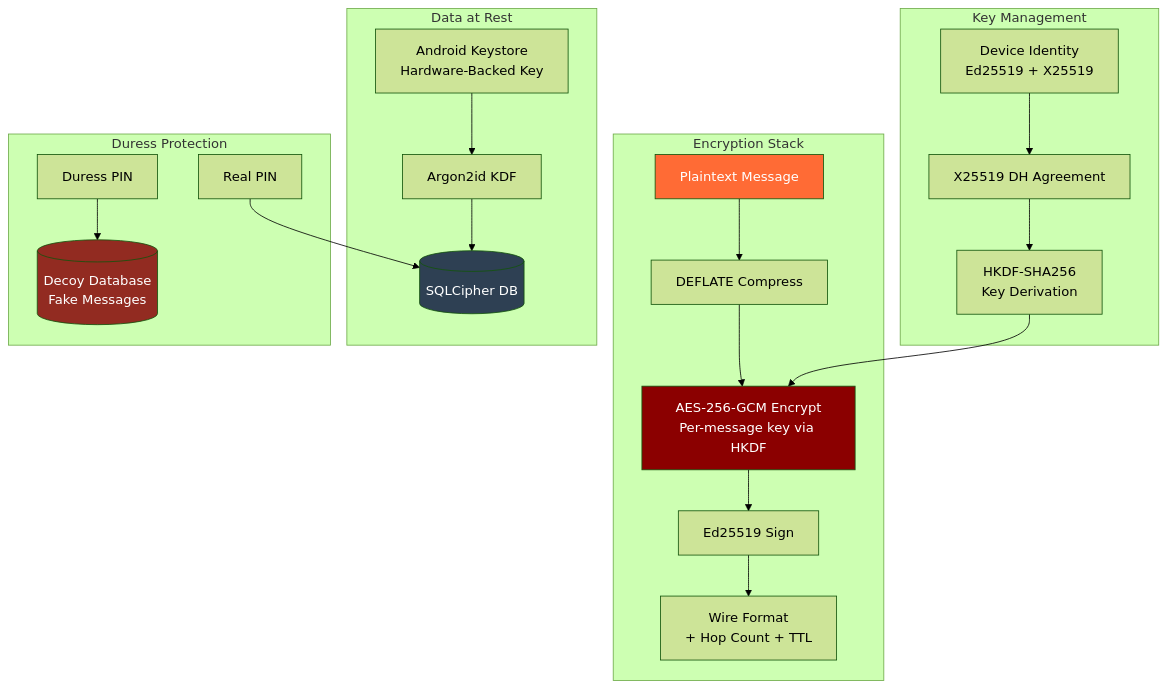
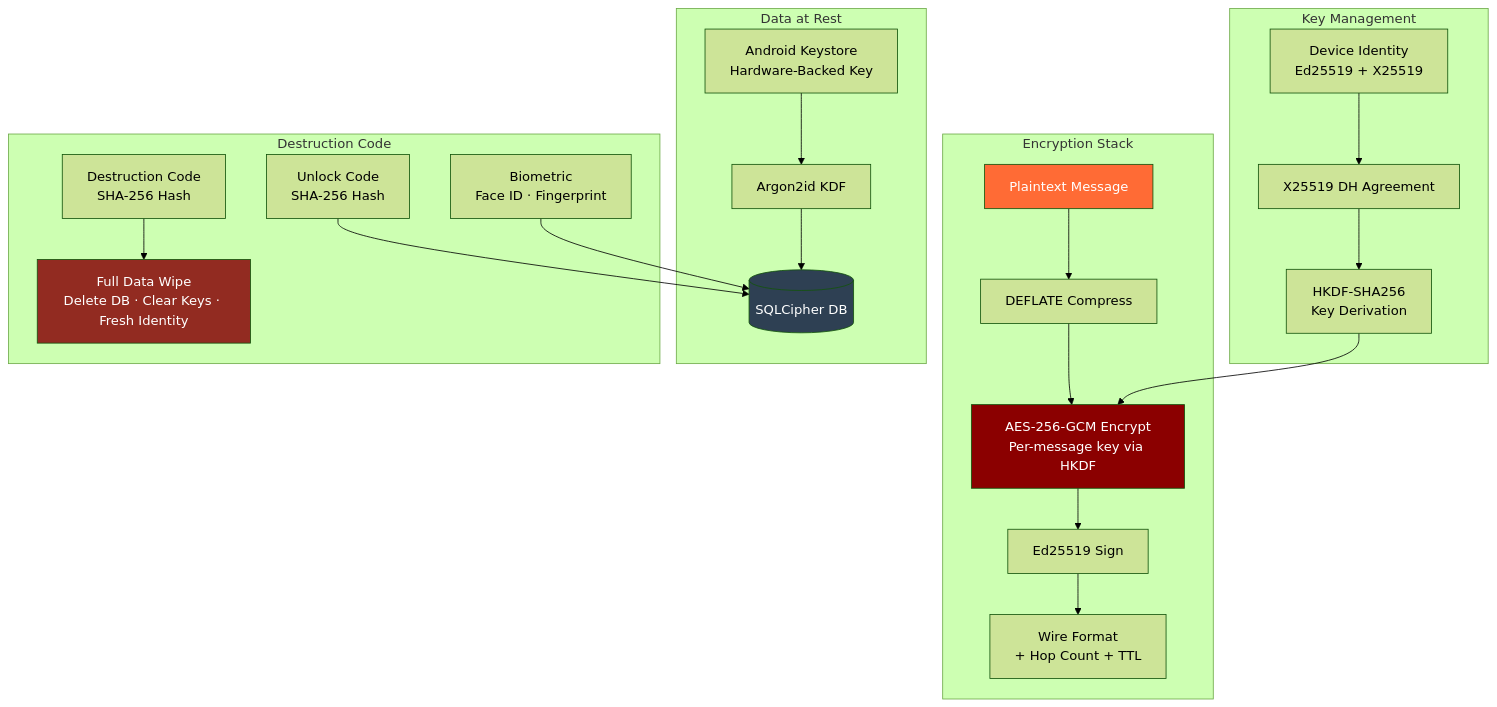
One commit to zivelo1/Flare changed the sixth of 7 diagrams in docs/ARCHITECTURE.md. Above: the diagram before and after it, drawn with Mermaid (forest theme). The commit also changed 24 other files, not shown here.

First line of the commit message:
iOS feature parity: broadcast, destruction code, contact mgmt, profile name

````diff
--- a/docs/ARCHITECTURE.md
+++ b/docs/ARCHITECTURE.md
@@ -160,37 +160,38 @@
 ```mermaid
 graph TD
     subgraph "Encryption Stack"
         MSG[Plaintext Message]
         MSG --> COMPRESS[DEFLATE Compress]
         COMPRESS --> ENCRYPT[AES-256-GCM Encrypt<br/>Per-message key via HKDF]
         ENCRYPT --> SIGN[Ed25519 Sign]
         SIGN --> WIRE[Wire Format<br/>+ Hop Count + TTL]
     end
 
     subgraph "Key Management"
         ID[Device Identity<br/>Ed25519 + X25519]
         DH[X25519 DH Agreement]
         HKDF[HKDF-SHA256<br/>Key Derivation]
         ID --> DH
         DH --> HKDF
         HKDF --> ENCRYPT
     end
 
     subgraph "Data at Rest"
         DB[(SQLCipher DB)]
         KS[Android Keystore<br/>Hardware-Backed Key]
         ARGON[Argon2id KDF]
         KS --> ARGON
         ARGON --> DB
     end
 
-    subgraph "Duress Protection"
-        DURESS[Duress PIN] --> FAKE[(Decoy Database<br/>Fake Messages)]
-        REAL[Real PIN] --> DB
+    subgraph "Destruction Code"
+        UNLOCK[Unlock Code<br/>SHA-256 Hash] --> DB
+        DESTRUCT[Destruction Code<br/>SHA-256 Hash] --> WIPE[Full Data Wipe<br/>Delete DB · Clear Keys · Fresh Identity]
+        BIO[Biometric<br/>Face ID · Fingerprint] --> DB
     end
 
     style MSG fill:#FF6B35,color:#fff
     style ENCRYPT fill:#8B0000,color:#fff
     style DB fill:#2E4053,color:#fff
-    style FAKE fill:#922B21,color:#fff
+    style WIPE fill:#922B21,color:#fff
 ```
````
